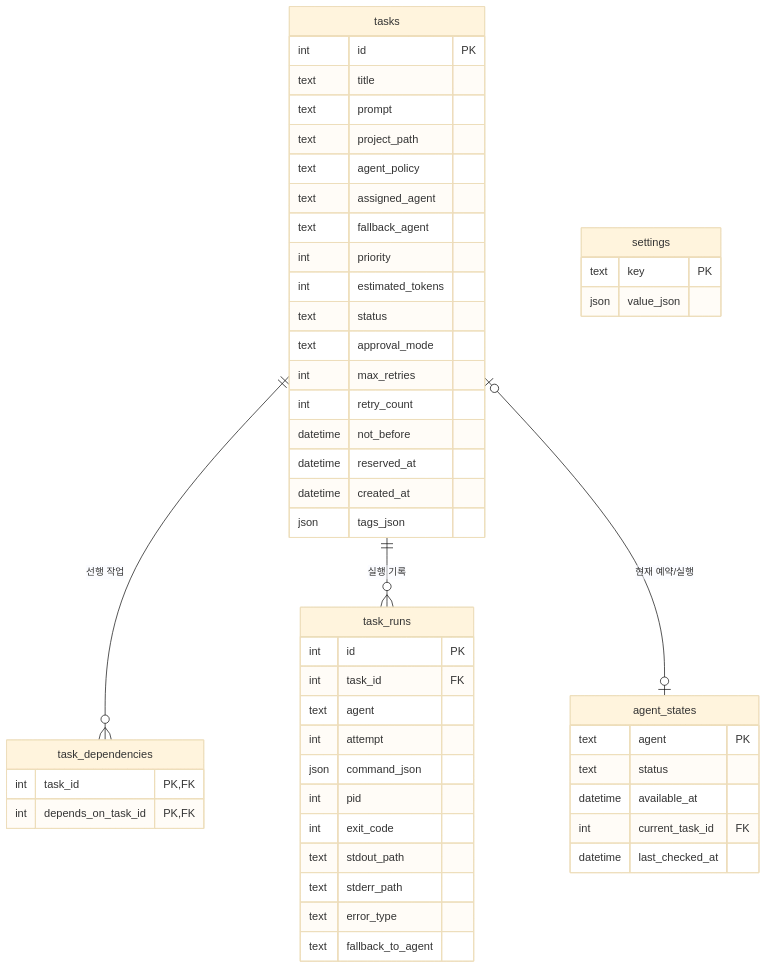
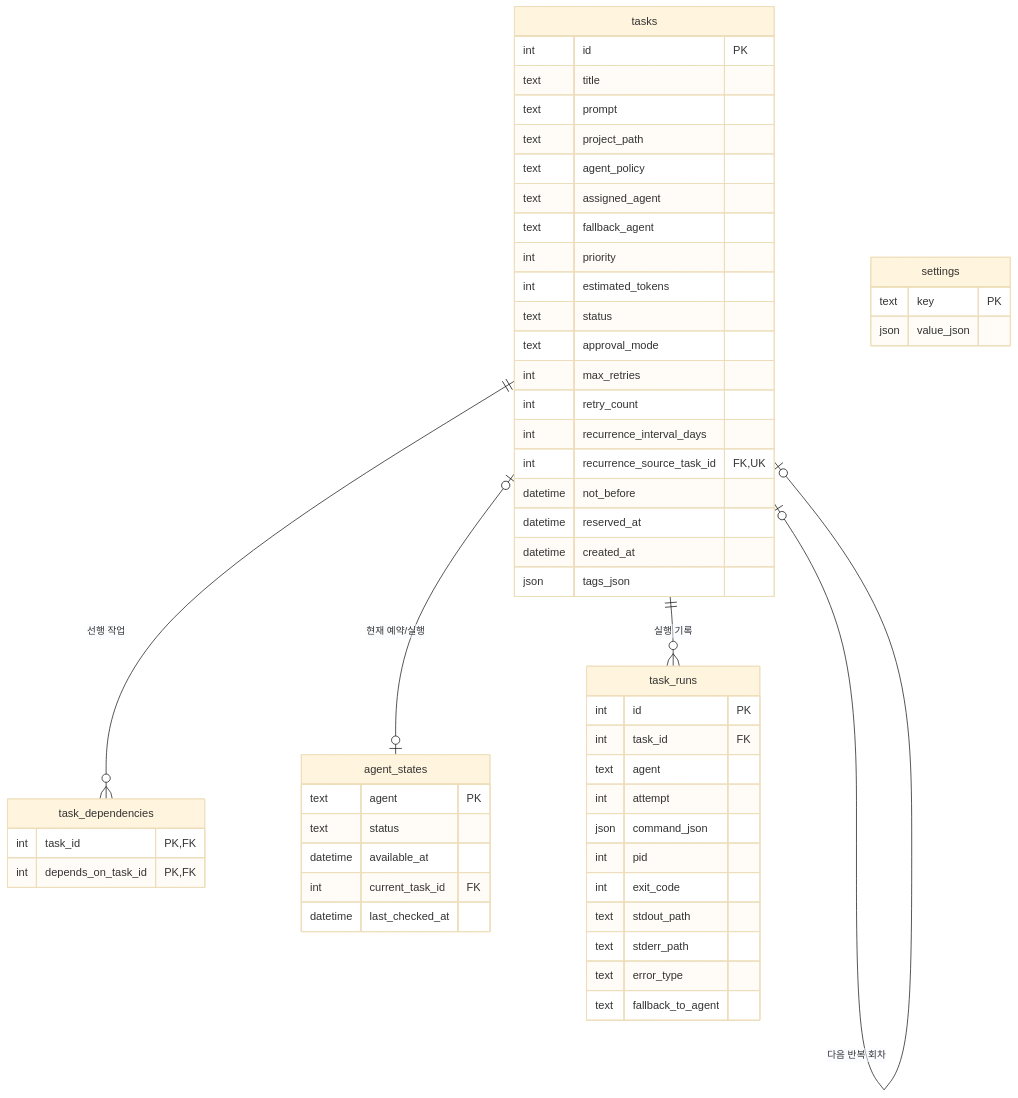
Before and after one commit to jasonwpgml/AQR: the second of 4 diagrams in ai-queue-runner/docs/ARCHITECTURE.md, drawn with Mermaid (base theme). The commit also changed other lines of this file and 20 other files, not shown here.

````diff
--- a/ai-queue-runner/docs/ARCHITECTURE.md
+++ b/ai-queue-runner/docs/ARCHITECTURE.md
@@ -64,54 +66,57 @@
 ```mermaid
 erDiagram
     tasks {
         int id PK
         text title
         text prompt
         text project_path
         text agent_policy
         text assigned_agent
         text fallback_agent
         int priority
         int estimated_tokens
         text status
         text approval_mode
         int max_retries
         int retry_count
+        int recurrence_interval_days
+        int recurrence_source_task_id FK,UK
         datetime not_before
         datetime reserved_at
         datetime created_at
         json tags_json
     }
     task_dependencies {
         int task_id PK,FK
         int depends_on_task_id PK,FK
     }
     agent_states {
         text agent PK
         text status
         datetime available_at
         int current_task_id FK
         datetime last_checked_at
     }
     task_runs {
         int id PK
         int task_id FK
         text agent
         int attempt
         json command_json
         int pid
         int exit_code
         text stdout_path
         text stderr_path
         text error_type
         text fallback_to_agent
     }
     settings {
         text key PK
         json value_json
     }
 
     tasks ||--o{ task_dependencies : "선행 작업"
     tasks ||--o{ task_runs : "실행 기록"
+    tasks o|--o| tasks : "다음 반복 회차"
     tasks |o--o| agent_states : "현재 예약/실행"
 ```
````
